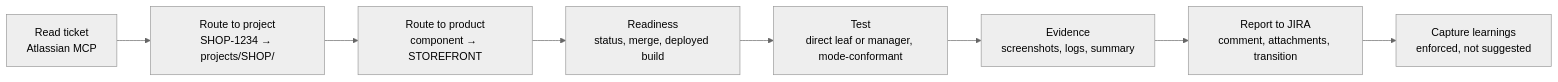
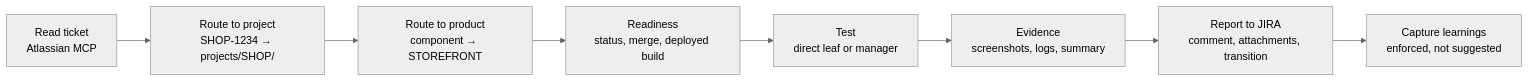
One commit to Sn4kyGit/qa-agent-blueprint changed the diagram in README.md. Above: the diagram before and after it, drawn with Mermaid (neutral theme). The commit also changed other lines of this file, not shown here.

````diff
--- a/README.md
+++ b/README.md
@@ -47,10 +70,10 @@
 ```mermaid
 flowchart LR
   A["Read ticket<br/>Atlassian MCP"] --> B["Route to project<br/>SHOP-1234 → projects/SHOP/"]
   B --> C["Route to product<br/>component → STOREFRONT"]
   C --> D["Readiness<br/>status, merge, deployed build"]
-  D --> E["Test<br/>direct leaf or manager, mode-conformant"]
+  D --> E["Test<br/>direct leaf or manager"]
   E --> F["Evidence<br/>screenshots, logs, summary"]
   F --> G["Report to JIRA<br/>comment, attachments, transition"]
   G --> H["Capture learnings<br/>enforced, not suggested"]
 ```
````
